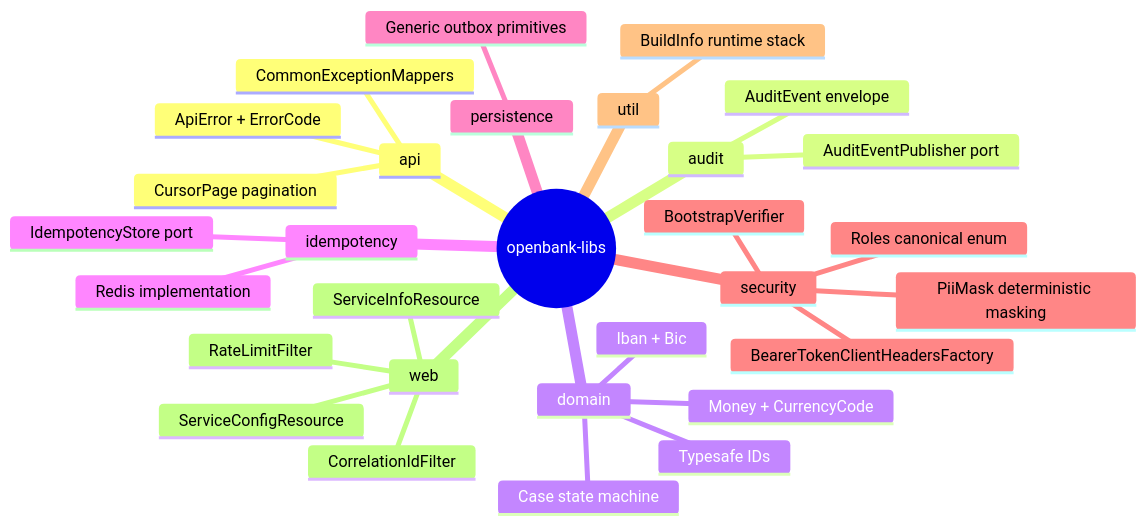
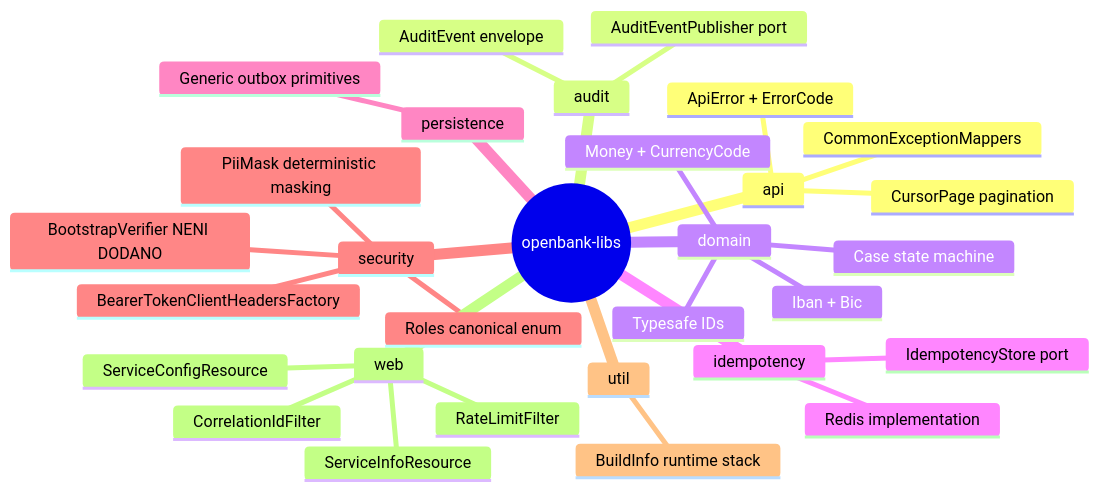
Before and after one commit to JiRaska/open-bank-oss: the diagram in openbank-libs/docs/01-overview.cs.md, drawn with Mermaid. The commit also changed other lines of this file and 11 other files, not shown here.

````diff
--- a/openbank-libs/docs/01-overview.cs.md
+++ b/openbank-libs/docs/01-overview.cs.md
@@ -32,33 +32,33 @@
 ```mermaid
 mindmap
   root((openbank-libs))
     api
       ApiError + ErrorCode
       CursorPage pagination
       CommonExceptionMappers
     audit
       AuditEvent envelope
       AuditEventPublisher port
     domain
       Money + CurrencyCode
       Iban + Bic
       Case state machine
       Typesafe IDs
     idempotency
       IdempotencyStore port
       Redis implementation
     persistence
       Generic outbox primitives
     security
       PiiMask deterministic masking
       Roles canonical enum
-      BootstrapVerifier
+      BootstrapVerifier NENI DODANO
       BearerTokenClientHeadersFactory
     util
       BuildInfo runtime stack
     web
       CorrelationIdFilter
       RateLimitFilter
       ServiceInfoResource
       ServiceConfigResource
 ```
````
